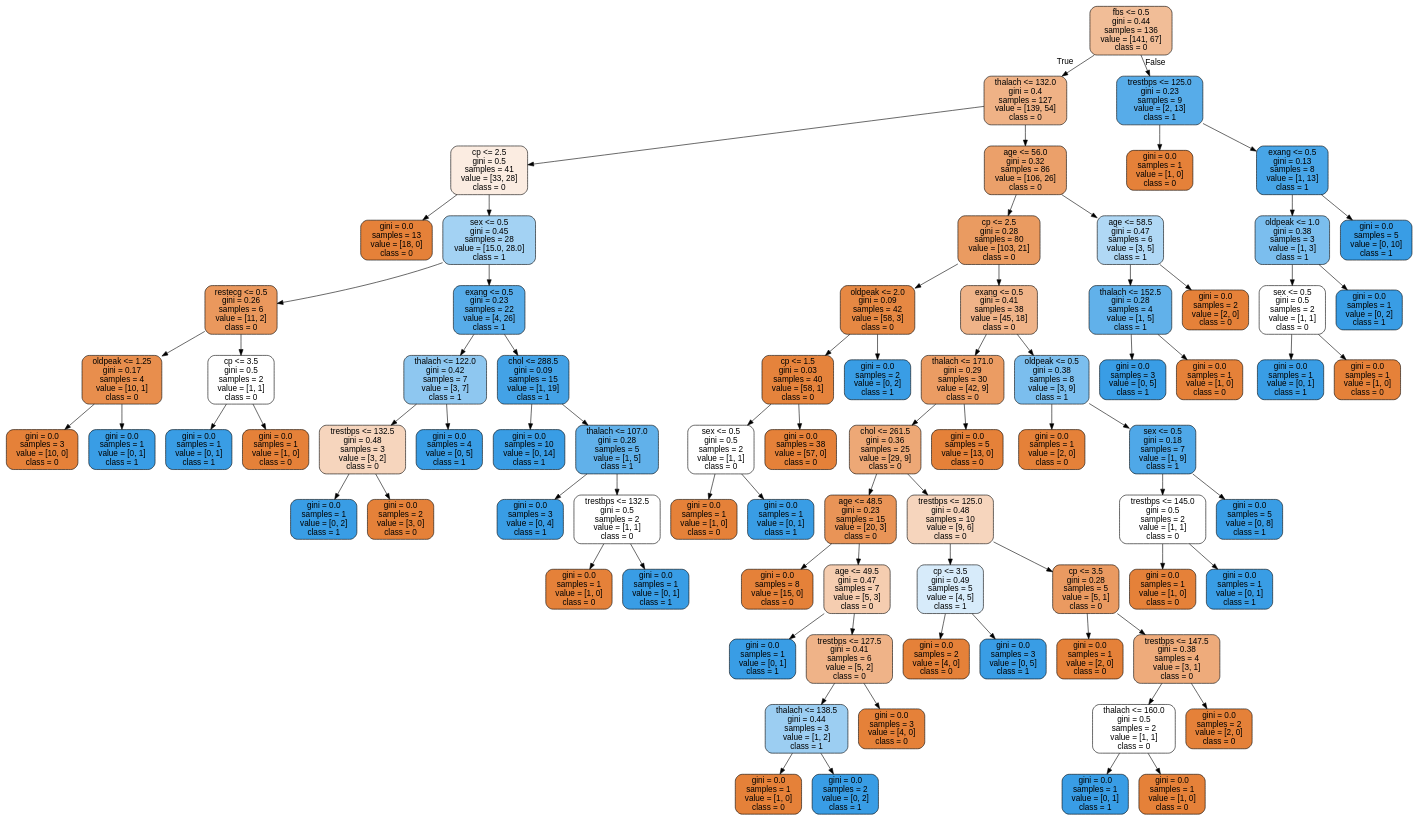
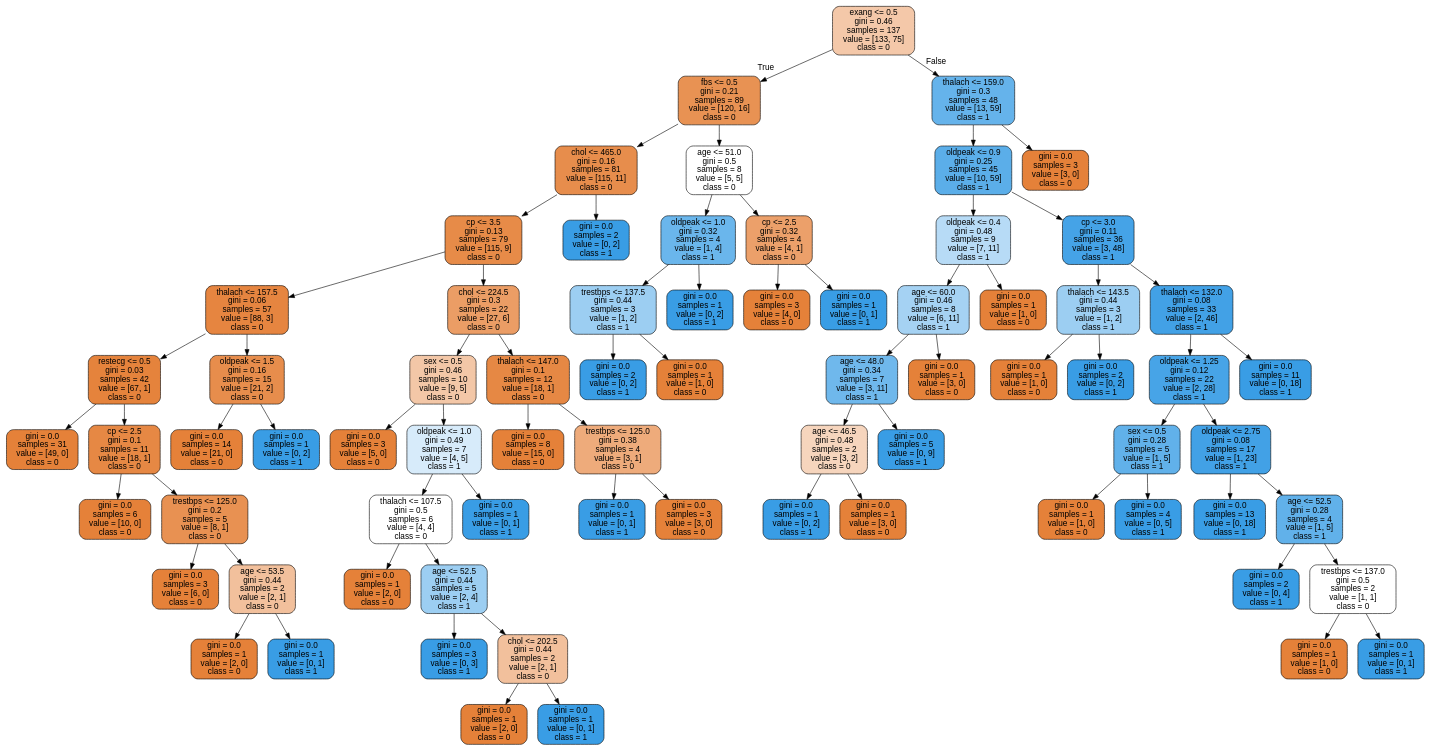
One commit to cyrilvincent/ML changed the diagram in data/heartdisease/tree.dot. Above: the diagram before and after it, drawn with Graphviz. The commit also changed 2 other files, not shown here.

```diff
--- a/data/heartdisease/tree.dot
+++ b/data/heartdisease/tree.dot
@@ -1,161 +1,149 @@
 digraph Tree {
 node [shape=box, style="filled, rounded", color="black", fontname="helvetica"] ;
 edge [fontname="helvetica"] ;
-0 [label="fbs <= 0.5\ngini = 0.44\nsamples = 136\nvalue = [141, 67]\nclass = 0", fillcolor="#f1bd97"] ;
-1 [label="thalach <= 132.0\ngini = 0.4\nsamples = 127\nvalue = [139, 54]\nclass = 0", fillcolor="#efb286"] ;
+0 [label="exang <= 0.5\ngini = 0.46\nsamples = 137\nvalue = [133, 75]\nclass = 0", fillcolor="#f4c8a9"] ;
+1 [label="fbs <= 0.5\ngini = 0.21\nsamples = 89\nvalue = [120, 16]\nclass = 0", fillcolor="#e89253"] ;
 0 -> 1 [labeldistance=2.5, labelangle=45, headlabel="True"] ;
-2 [label="cp <= 2.5\ngini = 0.5\nsamples = 41\nvalue = [33, 28]\nclass = 0", fillcolor="#fbece1"] ;
+2 [label="chol <= 465.0\ngini = 0.16\nsamples = 81\nvalue = [115, 11]\nclass = 0", fillcolor="#e78d4c"] ;
 1 -> 2 ;
-3 [label="gini = 0.0\nsamples = 13\nvalue = [18, 0]\nclass = 0", fillcolor="#e58139"] ;
+3 [label="cp <= 3.5\ngini = 0.13\nsamples = 79\nvalue = [115, 9]\nclass = 0", fillcolor="#e78b48"] ;
 2 -> 3 ;
-4 [label="sex <= 0.5\ngini = 0.45\nsamples = 28\nvalue = [15.0, 28.0]\nclass = 1", fillcolor="#a3d2f3"] ;
-2 -> 4 ;
-5 [label="restecg <= 0.5\ngini = 0.26\nsamples = 6\nvalue = [11, 2]\nclass = 0", fillcolor="#ea985d"] ;
+4 [label="thalach <= 157.5\ngini = 0.06\nsamples = 57\nvalue = [88, 3]\nclass = 0", fillcolor="#e68540"] ;
+3 -> 4 ;
+5 [label="restecg <= 0.5\ngini = 0.03\nsamples = 42\nvalue = [67, 1]\nclass = 0", fillcolor="#e5833c"] ;
 4 -> 5 ;
-6 [label="oldpeak <= 1.25\ngini = 0.17\nsamples = 4\nvalue = [10, 1]\nclass = 0", fillcolor="#e88e4d"] ;
+6 [label="gini = 0.0\nsamples = 31\nvalue = [49, 0]\nclass = 0", fillcolor="#e58139"] ;
 5 -> 6 ;
-7 [label="gini = 0.0\nsamples = 3\nvalue = [10, 0]\nclass = 0", fillcolor="#e58139"] ;
-6 -> 7 ;
-8 [label="gini = 0.0\nsamples = 1\nvalue = [0, 1]\nclass = 1", fillcolor="#399de5"] ;
-6 -> 8 ;
-9 [label="cp <= 3.5\ngini = 0.5\nsamples = 2\nvalue = [1, 1]\nclass = 0", fillcolor="#ffffff"] ;
-5 -> 9 ;
-10 [label="gini = 0.0\nsamples = 1\nvalue = [0, 1]\nclass = 1", fillcolor="#399de5"] ;
+7 [label="cp <= 2.5\ngini = 0.1\nsamples = 11\nvalue = [18, 1]\nclass = 0", fillcolor="#e68844"] ;
+5 -> 7 ;
+8 [label="gini = 0.0\nsamples = 6\nvalue = [10, 0]\nclass = 0", fillcolor="#e58139"] ;
+7 -> 8 ;
+9 [label="trestbps <= 125.0\ngini = 0.2\nsamples = 5\nvalue = [8, 1]\nclass = 0", fillcolor="#e89152"] ;
+7 -> 9 ;
+10 [label="gini = 0.0\nsamples = 3\nvalue = [6, 0]\nclass = 0", fillcolor="#e58139"] ;
 9 -> 10 ;
-11 [label="gini = 0.0\nsamples = 1\nvalue = [1, 0]\nclass = 0", fillcolor="#e58139"] ;
+11 [label="age <= 53.5\ngini = 0.44\nsamples = 2\nvalue = [2, 1]\nclass = 0", fillcolor="#f2c09c"] ;
 9 -> 11 ;
-12 [label="exang <= 0.5\ngini = 0.23\nsamples = 22\nvalue = [4, 26]\nclass = 1", fillcolor="#57ace9"] ;
-4 -> 12 ;
-13 [label="thalach <= 122.0\ngini = 0.42\nsamples = 7\nvalue = [3, 7]\nclass = 1", fillcolor="#8ec7f0"] ;
-12 -> 13 ;
-14 [label="trestbps <= 132.5\ngini = 0.48\nsamples = 3\nvalue = [3, 2]\nclass = 0", fillcolor="#f6d5bd"] ;
-13 -> 14 ;
-15 [label="gini = 0.0\nsamples = 1\nvalue = [0, 2]\nclass = 1", fillcolor="#399de5"] ;
+12 [label="gini = 0.0\nsamples = 1\nvalue = [2, 0]\nclass = 0", fillcolor="#e58139"] ;
+11 -> 12 ;
+13 [label="gini = 0.0\nsamples = 1\nvalue = [0, 1]\nclass = 1", fillcolor="#399de5"] ;
+11 -> 13 ;
+14 [label="oldpeak <= 1.5\ngini = 0.16\nsamples = 15\nvalue = [21, 2]\nclass = 0", fillcolor="#e78d4c"] ;
+4 -> 14 ;
+15 [label="gini = 0.0\nsamples = 14\nvalue = [21, 0]\nclass = 0", fillcolor="#e58139"] ;
 14 -> 15 ;
-16 [label="gini = 0.0\nsamples = 2\nvalue = [3, 0]\nclass = 0", fillcolor="#e58139"] ;
+16 [label="gini = 0.0\nsamples = 1\nvalue = [0, 2]\nclass = 1", fillcolor="#399de5"] ;
 14 -> 16 ;
-17 [label="gini = 0.0\nsamples = 4\nvalue = [0, 5]\nclass = 1", fillcolor="#399de5"] ;
-13 -> 17 ;
-18 [label="chol <= 288.5\ngini = 0.09\nsamples = 15\nvalue = [1, 19]\nclass = 1", fillcolor="#43a2e6"] ;
-12 -> 18 ;
-19 [label="gini = 0.0\nsamples = 10\nvalue = [0, 14]\nclass = 1", fillcolor="#399de5"] ;
+17 [label="chol <= 224.5\ngini = 0.3\nsamples = 22\nvalue = [27, 6]\nclass = 0", fillcolor="#eb9d65"] ;
+3 -> 17 ;
+18 [label="sex <= 0.5\ngini = 0.46\nsamples = 10\nvalue = [9, 5]\nclass = 0", fillcolor="#f3c7a7"] ;
+17 -> 18 ;
+19 [label="gini = 0.0\nsamples = 3\nvalue = [5, 0]\nclass = 0", fillcolor="#e58139"] ;
 18 -> 19 ;
-20 [label="thalach <= 107.0\ngini = 0.28\nsamples = 5\nvalue = [1, 5]\nclass = 1", fillcolor="#61b1ea"] ;
+20 [label="oldpeak <= 1.0\ngini = 0.49\nsamples = 7\nvalue = [4, 5]\nclass = 1", fillcolor="#d7ebfa"] ;
 18 -> 20 ;
-21 [label="gini = 0.0\nsamples = 3\nvalue = [0, 4]\nclass = 1", fillcolor="#399de5"] ;
+21 [label="thalach <= 107.5\ngini = 0.5\nsamples = 6\nvalue = [4, 4]\nclass = 0", fillcolor="#ffffff"] ;
 20 -> 21 ;
-22 [label="trestbps <= 132.5\ngini = 0.5\nsamples = 2\nvalue = [1, 1]\nclass = 0", fillcolor="#ffffff"] ;
-20 -> 22 ;
-23 [label="gini = 0.0\nsamples = 1\nvalue = [1, 0]\nclass = 0", fillcolor="#e58139"] ;
-22 -> 23 ;
-24 [label="gini = 0.0\nsamples = 1\nvalue = [0, 1]\nclass = 1", fillcolor="#399de5"] ;
-22 -> 24 ;
-25 [label="age <= 56.0\ngini = 0.32\nsamples = 86\nvalue = [106, 26]\nclass = 0", fillcolor="#eba06a"] ;
-1 -> 25 ;
-26 [label="cp <= 2.5\ngini = 0.28\nsamples = 80\nvalue = [103, 21]\nclass = 0", fillcolor="#ea9b61"] ;
+22 [label="gini = 0.0\nsamples = 1\nvalue = [2, 0]\nclass = 0", fillcolor="#e58139"] ;
+21 -> 22 ;
+23 [label="age <= 52.5\ngini = 0.44\nsamples = 5\nvalue = [2, 4]\nclass = 1", fillcolor="#9ccef2"] ;
+21 -> 23 ;
+24 [label="gini = 0.0\nsamples = 3\nvalue = [0, 3]\nclass = 1", fillcolor="#399de5"] ;
+23 -> 24 ;
+25 [label="chol <= 202.5\ngini = 0.44\nsamples = 2\nvalue = [2, 1]\nclass = 0", fillcolor="#f2c09c"] ;
+23 -> 25 ;
+26 [label="gini = 0.0\nsamples = 1\nvalue = [2, 0]\nclass = 0", fillcolor="#e58139"] ;
 25 -> 26 ;
-27 [label="oldpeak <= 2.0\ngini = 0.09\nsamples = 42\nvalue = [58, 3]\nclass = 0", fillcolor="#e68843"] ;
-26 -> 27 ;
-28 [label="cp <= 1.5\ngini = 0.03\nsamples = 40\nvalue = [58, 1]\nclass = 0", fillcolor="#e5833c"] ;
-27 -> 28 ;
-29 [label="sex <= 0.5\ngini = 0.5\nsamples = 2\nvalue = [1, 1]\nclass = 0", fillcolor="#ffffff"] ;
-28 -> 29 ;
-30 [label="gini = 0.0\nsamples = 1\nvalue = [1, 0]\nclass = 0", fillcolor="#e58139"] ;
+27 [label="gini = 0.0\nsamples = 1\nvalue = [0, 1]\nclass = 1", fillcolor="#399de5"] ;
+25 -> 27 ;
+28 [label="gini = 0.0\nsamples = 1\nvalue = [0, 1]\nclass = 1", fillcolor="#399de5"] ;
+20 -> 28 ;
+29 [label="thalach <= 147.0\ngini = 0.1\nsamples = 12\nvalue = [18, 1]\nclass = 0", fillcolor="#e68844"] ;
+17 -> 29 ;
+30 [label="gini = 0.0\nsamples = 8\nvalue = [15, 0]\nclass = 0", fillcolor="#e58139"] ;
 29 -> 30 ;
-31 [label="gini = 0.0\nsamples = 1\nvalue = [0, 1]\nclass = 1", fillcolor="#399de5"] ;
+31 [label="trestbps <= 125.0\ngini = 0.38\nsamples = 4\nvalue = [3, 1]\nclass = 0", fillcolor="#eeab7b"] ;
 29 -> 31 ;
-32 [label="gini = 0.0\nsamples = 38\nvalue = [57, 0]\nclass = 0", fillcolor="#e58139"] ;
-28 -> 32 ;
-33 [label="gini = 0.0\nsamples = 2\nvalue = [0, 2]\nclass = 1", fillcolor="#399de5"] ;
-27 -> 33 ;
-34 [label="exang <= 0.5\ngini = 0.41\nsamples = 38\nvalue = [45, 18]\nclass = 0", fillcolor="#efb388"] ;
-26 -> 34 ;
-35 [label="thalach <= 171.0\ngini = 0.29\nsamples = 30\nvalue = [42, 9]\nclass = 0", fillcolor="#eb9c63"] ;
-34 -> 35 ;
-36 [label="chol <= 261.5\ngini = 0.36\nsamples = 25\nvalue = [29, 9]\nclass = 0", fillcolor="#eda876"] ;
+32 [label="gini = 0.0\nsamples = 1\nvalue = [0, 1]\nclass = 1", fillcolor="#399de5"] ;
+31 -> 32 ;
+33 [label="gini = 0.0\nsamples = 3\nvalue = [3, 0]\nclass = 0", fillcolor="#e58139"] ;
+31 -> 33 ;
+34 [label="gini = 0.0\nsamples = 2\nvalue = [0, 2]\nclass = 1", fillcolor="#399de5"] ;
+2 -> 34 ;
+35 [label="age <= 51.0\ngini = 0.5\nsamples = 8\nvalue = [5, 5]\nclass = 0", fillcolor="#ffffff"] ;
+1 -> 35 ;
+36 [label="oldpeak <= 1.0\ngini = 0.32\nsamples = 4\nvalue = [1, 4]\nclass = 1", fillcolor="#6ab6ec"] ;
 35 -> 36 ;
-37 [label="age <= 48.5\ngini = 0.23\nsamples = 15\nvalue = [20, 3]\nclass = 0", fillcolor="#e99457"] ;
+37 [label="trestbps <= 137.5\ngini = 0.44\nsamples = 3\nvalue = [1, 2]\nclass = 1", fillcolor="#9ccef2"] ;
 36 -> 37 ;
-38 [label="gini = 0.0\nsamples = 8\nvalue = [15, 0]\nclass = 0", fillcolor="#e58139"] ;
+38 [label="gini = 0.0\nsamples = 2\nvalue = [0, 2]\nclass = 1", fillcolor="#399de5"] ;
 37 -> 38 ;
-39 [label="age <= 49.5\ngini = 0.47\nsamples = 7\nvalue = [5, 3]\nclass = 0", fillcolor="#f5cdb0"] ;
+39 [label="gini = 0.0\nsamples = 1\nvalue = [1, 0]\nclass = 0", fillcolor="#e58139"] ;
 37 -> 39 ;
-40 [label="gini = 0.0\nsamples = 1\nvalue = [0, 1]\nclass = 1", fillcolor="#399de5"] ;
-39 -> 40 ;
-41 [label="trestbps <= 127.5\ngini = 0.41\nsamples = 6\nvalue = [5, 2]\nclass = 0", fillcolor="#efb388"] ;
-39 -> 41 ;
-42 [label="thalach <= 138.5\ngini = 0.44\nsamples = 3\nvalue = [1, 2]\nclass = 1", fillcolor="#9ccef2"] ;
+40 [label="gini = 0.0\nsamples = 1\nvalue = [0, 2]\nclass = 1", fillcolor="#399de5"] ;
+36 -> 40 ;
+41 [label="cp <= 2.5\ngini = 0.32\nsamples = 4\nvalue = [4, 1]\nclass = 0", fillcolor="#eca06a"] ;
+35 -> 41 ;
+42 [label="gini = 0.0\nsamples = 3\nvalue = [4, 0]\nclass = 0", fillcolor="#e58139"] ;
 41 -> 42 ;
-43 [label="gini = 0.0\nsamples = 1\nvalue = [1, 0]\nclass = 0", fillcolor="#e58139"] ;
-42 -> 43 ;
-44 [label="gini = 0.0\nsamples = 2\nvalue = [0, 2]\nclass = 1", fillcolor="#399de5"] ;
-42 -> 44 ;
-45 [label="gini = 0.0\nsamples = 3\nvalue = [4, 0]\nclass = 0", fillcolor="#e58139"] ;
-41 -> 45 ;
-46 [label="trestbps <= 125.0\ngini = 0.48\nsamples = 10\nvalue = [9, 6]\nclass = 0", fillcolor="#f6d5bd"] ;
-36 -> 46 ;
-47 [label="cp <= 3.5\ngini = 0.49\nsamples = 5\nvalue = [4, 5]\nclass = 1", fillcolor="#d7ebfa"] ;
+43 [label="gini = 0.0\nsamples = 1\nvalue = [0, 1]\nclass = 1", fillcolor="#399de5"] ;
+41 -> 43 ;
+44 [label="thalach <= 159.0\ngini = 0.3\nsamples = 48\nvalue = [13, 59]\nclass = 1", fillcolor="#65b3eb"] ;
+0 -> 44 [labeldistance=2.5, labelangle=-45, headlabel="False"] ;
+45 [label="oldpeak <= 0.9\ngini = 0.25\nsamples = 45\nvalue = [10, 59]\nclass = 1", fillcolor="#5baee9"] ;
+44 -> 45 ;
+46 [label="oldpeak <= 0.4\ngini = 0.48\nsamples = 9\nvalue = [7, 11]\nclass = 1", fillcolor="#b7dbf6"] ;
+45 -> 46 ;
+47 [label="age <= 60.0\ngini = 0.46\nsamples = 8\nvalue = [6, 11]\nclass = 1", fillcolor="#a5d2f3"] ;
 46 -> 47 ;
-48 [label="gini = 0.0\nsamples = 2\nvalue = [4, 0]\nclass = 0", fillcolor="#e58139"] ;
+48 [label="age <= 48.0\ngini = 0.34\nsamples = 7\nvalue = [3, 11]\nclass = 1", fillcolor="#6fb8ec"] ;
 47 -> 48 ;
-49 [label="gini = 0.0\nsamples = 3\nvalue = [0, 5]\nclass = 1", fillcolor="#399de5"] ;
-47 -> 49 ;
-50 [label="cp <= 3.5\ngini = 0.28\nsamples = 5\nvalue = [5, 1]\nclass = 0", fillcolor="#ea9a61"] ;
-46 -> 50 ;
-51 [label="gini = 0.0\nsamples = 1\nvalue = [2, 0]\nclass = 0", fillcolor="#e58139"] ;
-50 -> 51 ;
-52 [label="trestbps <= 147.5\ngini = 0.38\nsamples = 4\nvalue = [3, 1]\nclass = 0", fillcolor="#eeab7b"] ;
-50 -> 52 ;
-53 [label="thalach <= 160.0\ngini = 0.5\nsamples = 2\nvalue = [1, 1]\nclass = 0", fillcolor="#ffffff"] ;
-52 -> 53 ;
-54 [label="gini = 0.0\nsamples = 1\nvalue = [0, 1]\nclass = 1", fillcolor="#399de5"] ;
-53 -> 54 ;
-55 [label="gini = 0.0\nsamples = 1\nvalue = [1, 0]\nclass = 0", fillcolor="#e58139"] ;
-53 -> 55 ;
-56 [label="gini = 0.0\nsamples = 2\nvalue = [2, 0]\nclass = 0", fillcolor="#e58139"] ;
-52 -> 56 ;
-57 [label="gini = 0.0\nsamples = 5\nvalue = [13, 0]\nclass = 0", fillcolor="#e58139"] ;
-35 -> 57 ;
-58 [label="oldpeak <= 0.5\ngini = 0.38\nsamples = 8\nvalue = [3, 9]\nclass = 1", fillcolor="#7bbeee"] ;
-34 -> 58 ;
-59 [label="gini = 0.0\nsamples = 1\nvalue = [2, 0]\nclass = 0", fillcolor="#e58139"] ;
-58 -> 59 ;
-60 [label="sex <= 0.5\ngini = 0.18\nsamples = 7\nvalue = [1, 9]\nclass = 1", fillcolor="#4fa8e8"] ;
-58 -> 60 ;
-61 [label="trestbps <= 145.0\ngini = 0.5\nsamples = 2\nvalue = [1, 1]\nclass = 0", fillcolor="#ffffff"] ;
+49 [label="age <= 46.5\ngini = 0.48\nsamples = 2\nvalue = [3, 2]\nclass = 0", fillcolor="#f6d5bd"] ;
+48 -> 49 ;
+50 [label="gini = 0.0\nsamples = 1\nvalue = [0, 2]\nclass = 1", fillcolor="#399de5"] ;
+49 -> 50 ;
+51 [label="gini = 0.0\nsamples = 1\nvalue = [3, 0]\nclass = 0", fillcolor="#e58139"] ;
+49 -> 51 ;
+52 [label="gini = 0.0\nsamples = 5\nvalue = [0, 9]\nclass = 1", fillcolor="#399de5"] ;
+48 -> 52 ;
+53 [label="gini = 0.0\nsamples = 1\nvalue = [3, 0]\nclass = 0", fillcolor="#e58139"] ;
+47 -> 53 ;
+54 [label="gini = 0.0\nsamples = 1\nvalue = [1, 0]\nclass = 0", fillcolor="#e58139"] ;
+46 -> 54 ;
+55 [label="cp <= 3.0\ngini = 0.11\nsamples = 36\nvalue = [3, 48]\nclass = 1", fillcolor="#45a3e7"] ;
+45 -> 55 ;
+56 [label="thalach <= 143.5\ngini = 0.44\nsamples = 3\nvalue = [1, 2]\nclass = 1", fillcolor="#9ccef2"] ;
+55 -> 56 ;
+57 [label="gini = 0.0\nsamples = 1\nvalue = [1, 0]\nclass = 0", fillcolor="#e58139"] ;
+56 -> 57 ;
+58 [label="gini = 0.0\nsamples = 2\nvalue = [0, 2]\nclass = 1", fillcolor="#399de5"] ;
+56 -> 58 ;
+59 [label="thalach <= 132.0\ngini = 0.08\nsamples = 33\nvalue = [2, 46]\nclass = 1", fillcolor="#42a1e6"] ;
+55 -> 59 ;
+60 [label="oldpeak <= 1.25\ngini = 0.12\nsamples = 22\nvalue = [2, 28]\nclass = 1", fillcolor="#47a4e7"] ;
+59 -> 60 ;
+61 [label="sex <= 0.5\ngini = 0.28\nsamples = 5\nvalue = [1, 5]\nclass = 1", fillcolor="#61b1ea"] ;
 60 -> 61 ;
 62 [label="gini = 0.0\nsamples = 1\nvalue = [1, 0]\nclass = 0", fillcolor="#e58139"] ;
 61 -> 62 ;
-63 [label="gini = 0.0\nsamples = 1\nvalue = [0, 1]\nclass = 1", fillcolor="#399de5"] ;
+63 [label="gini = 0.0\nsamples = 4\nvalue = [0, 5]\nclass = 1", fillcolor="#399de5"] ;
 61 -> 63 ;
-64 [label="gini = 0.0\nsamples = 5\nvalue = [0, 8]\nclass = 1", fillcolor="#399de5"] ;
+64 [label="oldpeak <= 2.75\ngini = 0.08\nsamples = 17\nvalue = [1, 23]\nclass = 1", fillcolor="#42a1e6"] ;
 60 -> 64 ;
-65 [label="age <= 58.5\ngini = 0.47\nsamples = 6\nvalue = [3, 5]\nclass = 1", fillcolor="#b0d8f5"] ;
-25 -> 65 ;
-66 [label="thalach <= 152.5\ngini = 0.28\nsamples = 4\nvalue = [1, 5]\nclass = 1", fillcolor="#61b1ea"] ;
-65 -> 66 ;
-67 [label="gini = 0.0\nsamples = 3\nvalue = [0, 5]\nclass = 1", fillcolor="#399de5"] ;
+65 [label="gini = 0.0\nsamples = 13\nvalue = [0, 18]\nclass = 1", fillcolor="#399de5"] ;
+64 -> 65 ;
+66 [label="age <= 52.5\ngini = 0.28\nsamples = 4\nvalue = [1, 5]\nclass = 1", fillcolor="#61b1ea"] ;
+64 -> 66 ;
+67 [label="gini = 0.0\nsamples = 2\nvalue = [0, 4]\nclass = 1", fillcolor="#399de5"] ;
 66 -> 67 ;
-68 [label="gini = 0.0\nsamples = 1\nvalue = [1, 0]\nclass = 0", fillcolor="#e58139"] ;
+68 [label="trestbps <= 137.0\ngini = 0.5\nsamples = 2\nvalue = [1, 1]\nclass = 0", fillcolor="#ffffff"] ;
 66 -> 68 ;
-69 [label="gini = 0.0\nsamples = 2\nvalue = [2, 0]\nclass = 0", fillcolor="#e58139"] ;
-65 -> 69 ;
-70 [label="trestbps <= 125.0\ngini = 0.23\nsamples = 9\nvalue = [2, 13]\nclass = 1", fillcolor="#57ace9"] ;
-0 -> 70 [labeldistance=2.5, labelangle=-45, headlabel="False"] ;
-71 [label="gini = 0.0\nsamples = 1\nvalue = [1, 0]\nclass = 0", fillcolor="#e58139"] ;
-70 -> 71 ;
-72 [label="exang <= 0.5\ngini = 0.13\nsamples = 8\nvalue = [1, 13]\nclass = 1", fillcolor="#48a5e7"] ;
-70 -> 72 ;
-73 [label="oldpeak <= 1.0\ngini = 0.38\nsamples = 3\nvalue = [1, 3]\nclass = 1", fillcolor="#7bbeee"] ;
-72 -> 73 ;
-74 [label="sex <= 0.5\ngini = 0.5\nsamples = 2\nvalue = [1, 1]\nclass = 0", fillcolor="#ffffff"] ;
-73 -> 74 ;
-75 [label="gini = 0.0\nsamples = 1\nvalue = [0, 1]\nclass = 1", fillcolor="#399de5"] ;
-74 -> 75 ;
-76 [label="gini = 0.0\nsamples = 1\nvalue = [1, 0]\nclass = 0", fillcolor="#e58139"] ;
-74 -> 76 ;
-77 [label="gini = 0.0\nsamples = 1\nvalue = [0, 2]\nclass = 1", fillcolor="#399de5"] ;
-73 -> 77 ;
-78 [label="gini = 0.0\nsamples = 5\nvalue = [0, 10]\nclass = 1", fillcolor="#399de5"] ;
-72 -> 78 ;
+69 [label="gini = 0.0\nsamples = 1\nvalue = [1, 0]\nclass = 0", fillcolor="#e58139"] ;
+68 -> 69 ;
+70 [label="gini = 0.0\nsamples = 1\nvalue = [0, 1]\nclass = 1", fillcolor="#399de5"] ;
+68 -> 70 ;
+71 [label="gini = 0.0\nsamples = 11\nvalue = [0, 18]\nclass = 1", fillcolor="#399de5"] ;
+59 -> 71 ;
+72 [label="gini = 0.0\nsamples = 3\nvalue = [3, 0]\nclass = 0", fillcolor="#e58139"] ;
+44 -> 72 ;
 }
```
